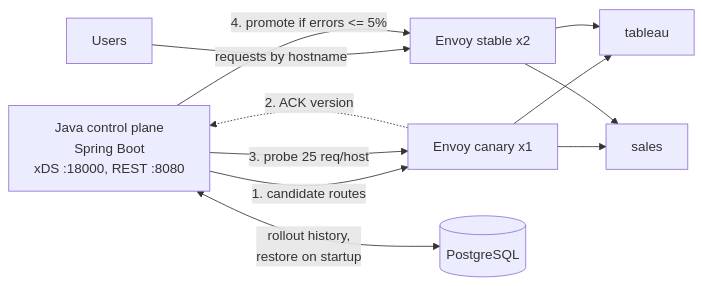
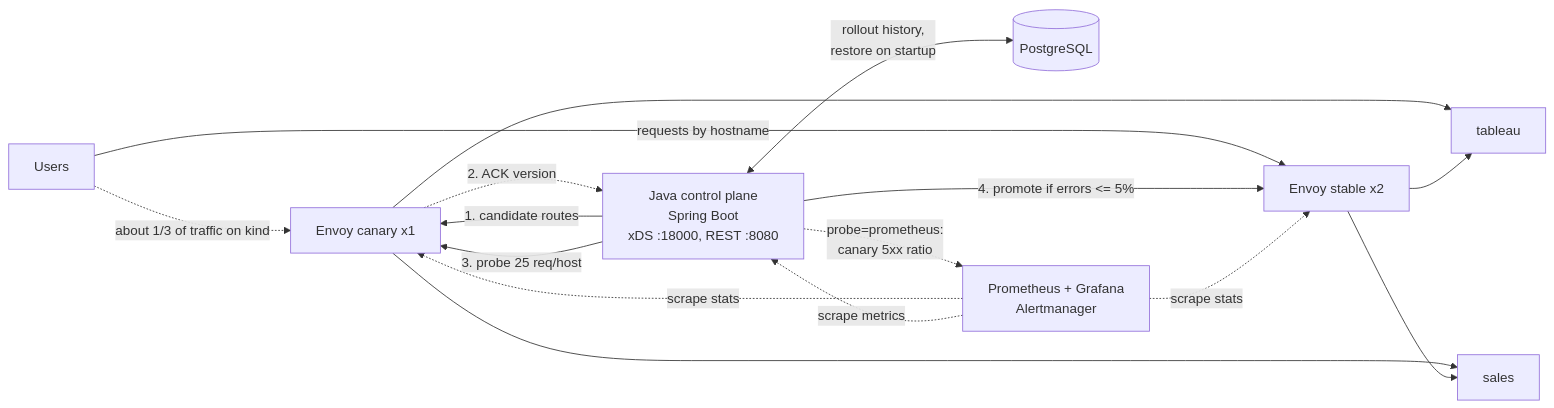
One commit to vikrams3/edge-control-plane changed the diagram in README.md. Above: the diagram before and after it, drawn with Mermaid. The commit also changed other lines of this file and 21 other files, not shown here.

First line of the commit message:
Add Prometheus, Grafana, alerts, access logs and a real-traffic probe

````diff
--- a/README.md
+++ b/README.md
@@ -9,13 +9,18 @@
 ```mermaid
 flowchart LR
   U[Users] -->|requests by hostname| S[Envoy stable x2]
+  U -.->|about 1/3 of traffic on kind| C
   CP[Java control plane<br/>Spring Boot<br/>xDS :18000, REST :8080] -->|1. candidate routes| C[Envoy canary x1]
   C -.->|2. ACK version| CP
   CP -->|3. probe 25 req/host| C
   CP -->|4. promote if errors <= 5%| S
   CP <-->|rollout history,<br/>restore on startup| DB[(PostgreSQL)]
+  P[Prometheus + Grafana<br/>Alertmanager] -.->|scrape stats| C
+  P -.->|scrape stats| S
+  P -.->|scrape metrics| CP
+  CP -.->|probe=prometheus:<br/>canary 5xx ratio| P
   C --> T[tableau]
   C --> SA[sales]
   S --> T
   S --> SA
 ```
````
